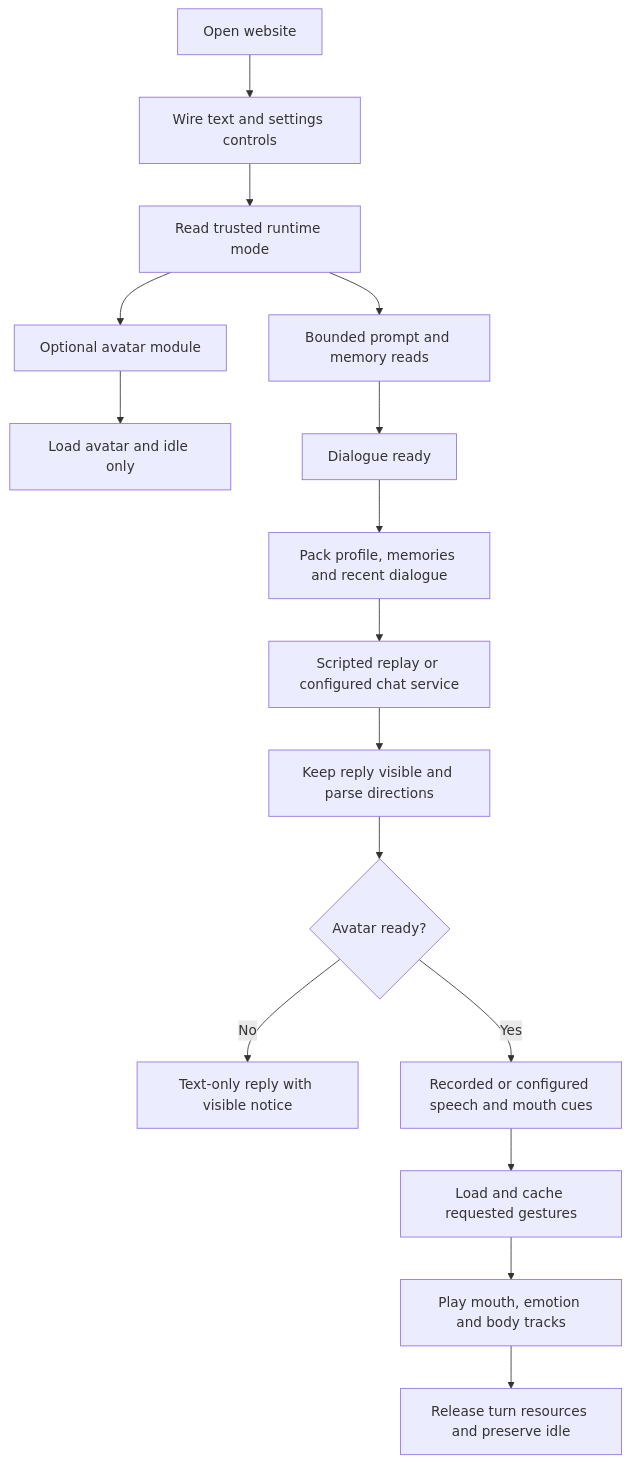
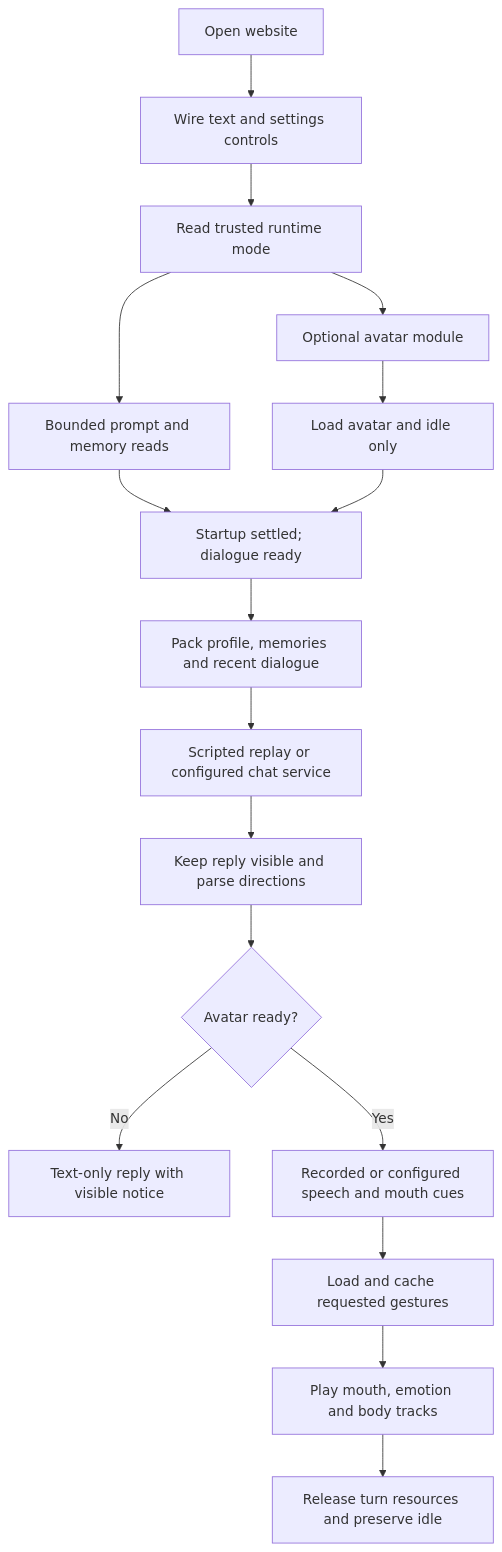
Before and after one commit to kurciqs/asena: the diagram in docs/implementation-report-02-10.md, drawn with Mermaid. The commit also changed other lines of this file and 6 other files, not shown here.

````diff
--- a/docs/implementation-report-02-10.md
+++ b/docs/implementation-report-02-10.md
@@ -35,18 +35,19 @@
 ```mermaid
 flowchart TD
     A[Open website] --> B[Wire text and settings controls]
     B --> C[Read trusted runtime mode]
     C --> D[Bounded prompt and memory reads]
     C --> E[Optional avatar module]
     E --> F[Load avatar and idle only]
-    D --> G[Dialogue ready]
+    D --> G[Startup settled; dialogue ready]
+    F --> G
     G --> H[Pack profile, memories and recent dialogue]
     H --> I[Scripted replay or configured chat service]
     I --> J[Keep reply visible and parse directions]
     J --> K{Avatar ready?}
     K -->|No| L[Text-only reply with visible notice]
     K -->|Yes| M[Recorded or configured speech and mouth cues]
     M --> N[Load and cache requested gestures]
     N --> O[Play mouth, emotion and body tracks]
     O --> P[Release turn resources and preserve idle]
 ```
````
